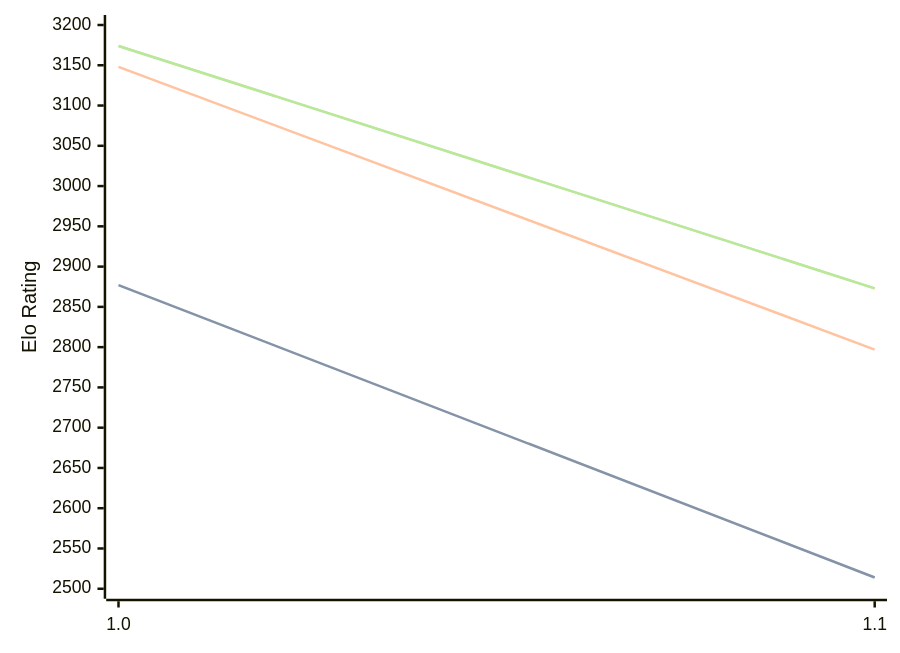
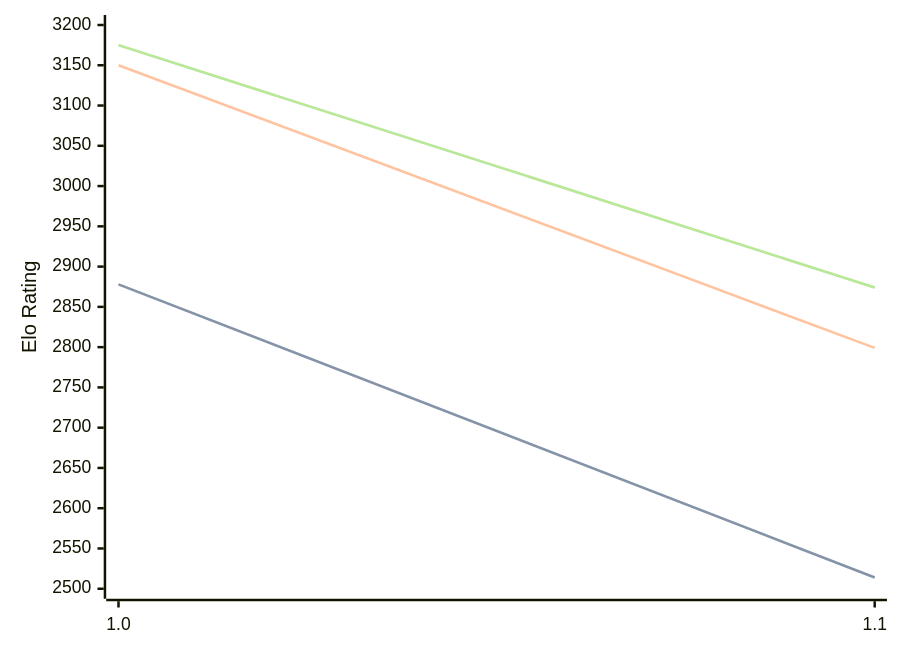
Before and after one commit to computer-chess-index/cci: the diagram in engines/Publius.md, drawn with Mermaid. The commit also changed other lines of this file, not shown here.

Commit message:
Update CCI Ratings (ELO VLTC) - 2026-05-01

````diff
--- a/engines/Publius.md
+++ b/engines/Publius.md
@@ -32,11 +32,11 @@
 ```mermaid
 %%{init: {"theme":"base","themeVariables":{"seriesColors:['#a3a3a3','#222221','#faa371']}}}%%
 xychart-beta
   x-axis ["1.0", "1.1"]
   y-axis "Elo Rating" 2500 --> 3200
-  line "STC (8.0+0.08s)" [2877, 2514]
-  line "STC (8.0+0.08s)" [2877, 2514]
-  line "LTC (60.0+0.60s)" [3148, 2797]
-  line "VLTC (2m24s+1.12s)" [3174, 2873]
-  line "VLTC (2m24s+1.12s)" [3174, 2873]
+  line "STC (8.0+0.08s)" [2878, 2514]
+  line "STC (8.0+0.08s)" [2878, 2514]
+  line "LTC (60.0+0.60s)" [3150, 2799]
+  line "VLTC (2m24s+1.12s)" [3175, 2874]
+  line "VLTC (2m24s+1.12s)" [3175, 2874]
 ```
````
